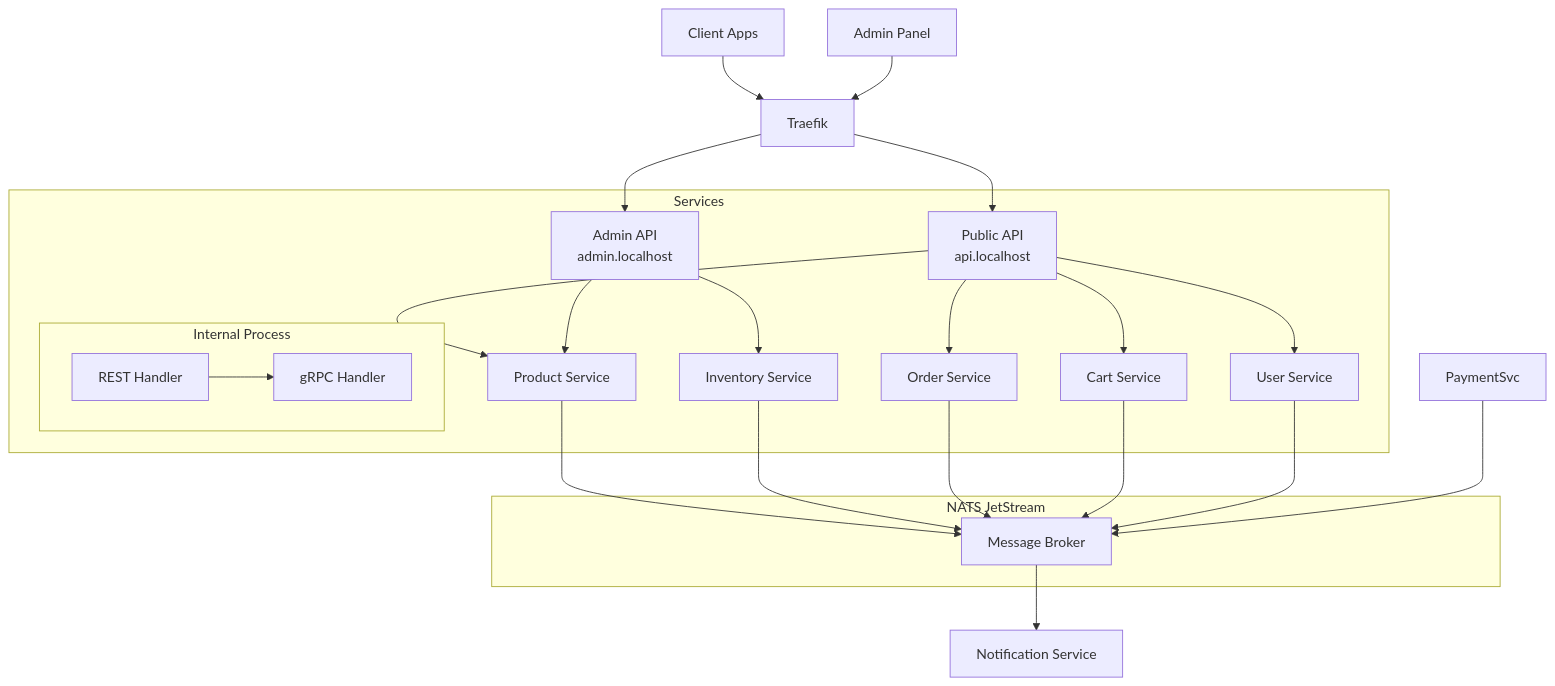
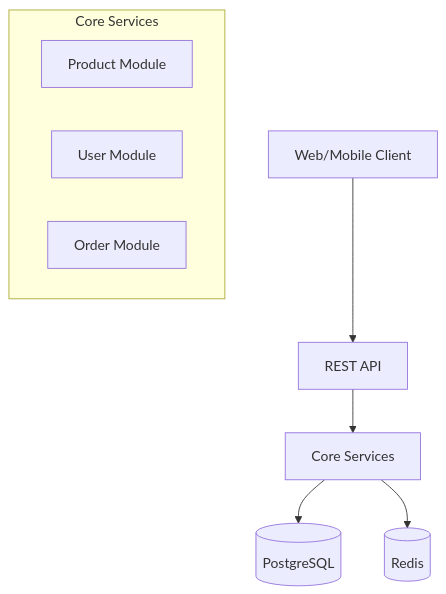
Before and after one commit to Phathdt/mallbots: the diagram in README.md, drawn with Mermaid. The commit also changed other lines of this file and 1 other file, not shown here.

````diff
--- a/README.md
+++ b/README.md
@@ -17,34 +14,13 @@
 ```mermaid
 graph TB
-    Client[Client Apps] --> Traefik
-    Admin[Admin Panel] --> Traefik
+    Client[Web/Mobile Client] --> API[REST API]
+    API --> Services[Core Services]
+    Services --> DB[(PostgreSQL)]
+    Services --> Cache[(Redis)]
 
-    Traefik --> PublicAPI[Public API<br/>api.localhost]
-    Traefik --> AdminAPI[Admin API<br/>admin.localhost]
-
-    subgraph Services
-        PublicAPI --> ProductSvc[Product Service]
-        PublicAPI --> UserSvc[User Service]
-        PublicAPI --> CartSvc[Cart Service]
-        PublicAPI --> OrderSvc[Order Service]
-
-        AdminAPI --> ProductSvc
-        AdminAPI --> InventorySvc[Inventory Service]
-
-        subgraph Internal Process
-            REST[REST Handler] --> GRPC[gRPC Handler]
-        end
+    subgraph Core Services
+        ProductService[Product Module]
+        UserService[User Module]
+        OrderService[Order Module]
     end
-
-    subgraph Events[NATS JetStream]
-        MessageBroker[Message Broker]
-    end
-
-    ProductSvc --> MessageBroker
-    InventorySvc --> MessageBroker
-    OrderSvc --> MessageBroker
-    CartSvc --> MessageBroker
-    UserSvc --> MessageBroker
-    PaymentSvc --> MessageBroker
-    MessageBroker --> NotificationService[Notification Service]
 ```
````
